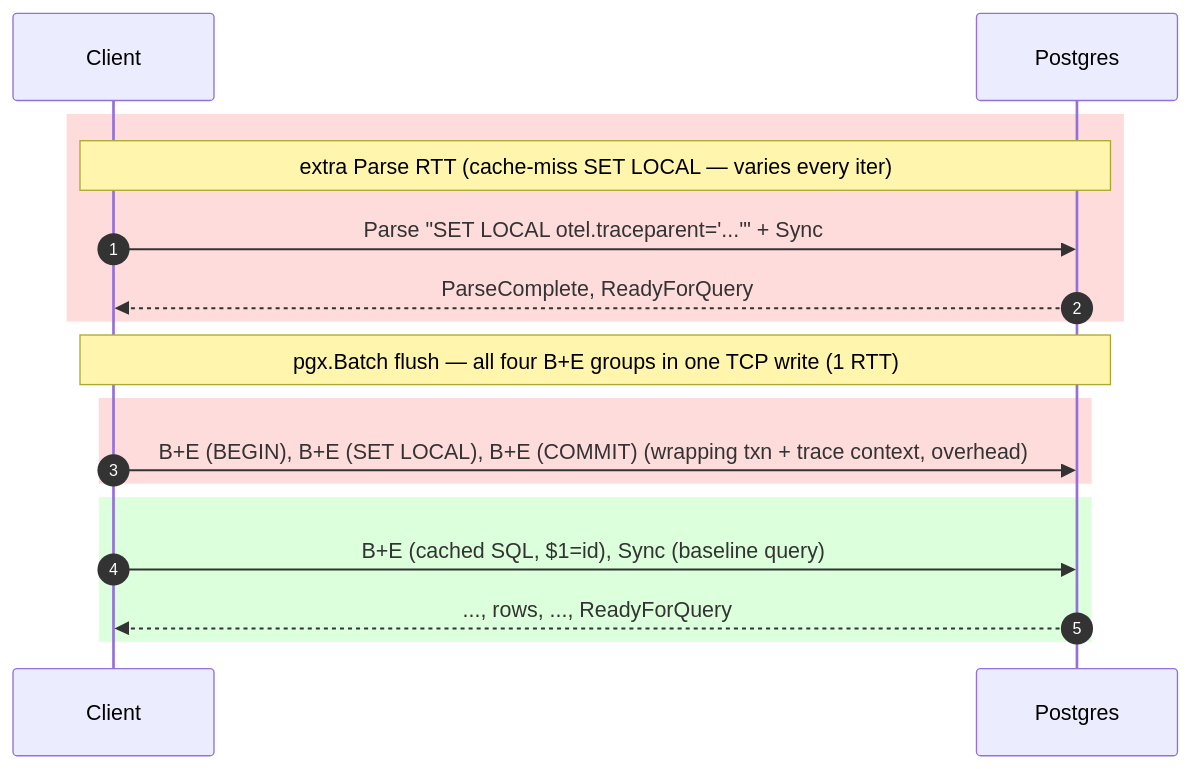
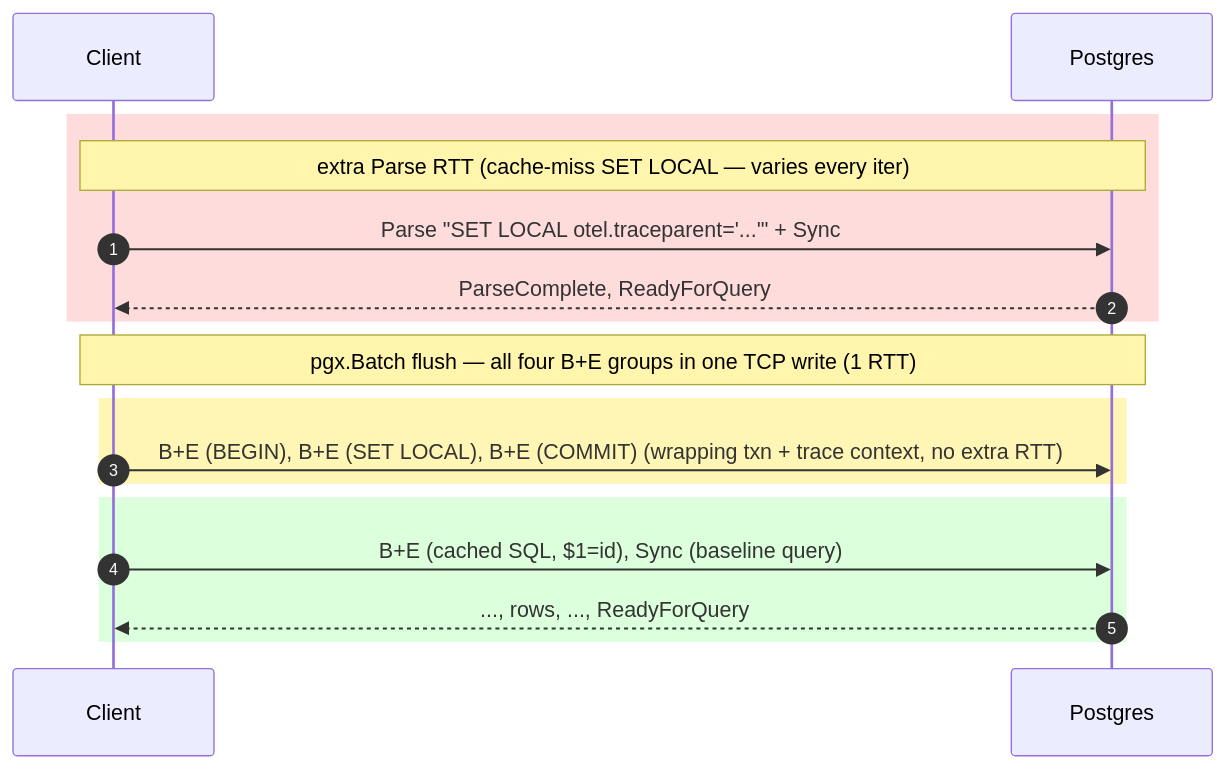
One commit to ringerc/postgres_otel_tracing_bench changed the fourth of 6 diagrams in README.md. Above: the diagram before and after it, drawn with Mermaid. The commit also changed other lines of this file, not shown here.

First line of the commit message:
README: distinguish RTT-adding overhead (red) from in-RTT overhead (yellow)

````diff
--- a/README.md
+++ b/README.md
@@ -241,19 +251,19 @@
 ```mermaid
 sequenceDiagram
     autonumber
     participant C as Client
     participant S as Postgres
     rect rgb(255,220,220)
     Note over C,S: extra Parse RTT (cache-miss SET LOCAL — varies every iter)
     C->>S: Parse "SET LOCAL otel.traceparent='...'" + Sync
     S-->>C: ParseComplete, ReadyForQuery
     end
     Note over C,S: pgx.Batch flush — all four B+E groups in one TCP write (1 RTT)
-    rect rgb(255,220,220)
-    C->>S: B+E (BEGIN), B+E (SET LOCAL), B+E (COMMIT) (wrapping txn + trace context, overhead)
+    rect rgb(255,245,180)
+    C->>S: B+E (BEGIN), B+E (SET LOCAL), B+E (COMMIT) (wrapping txn + trace context, no extra RTT)
     end
     rect rgb(220,255,220)
     C->>S: B+E (cached SQL, $1=id), Sync (baseline query)
     S-->>C: ..., rows, ..., ReadyForQuery
     end
 ```
````
